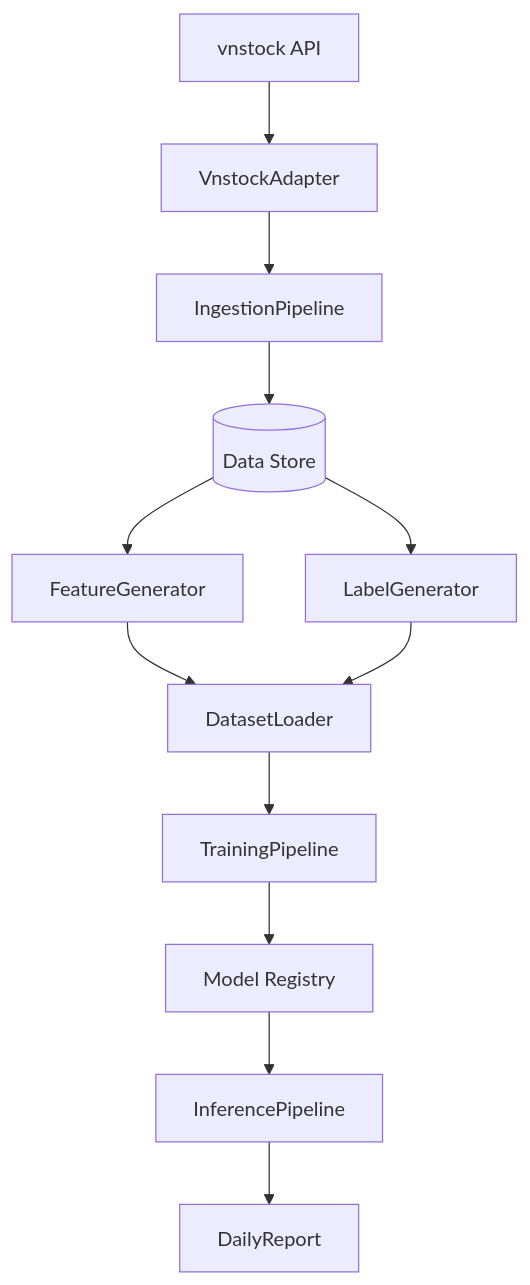
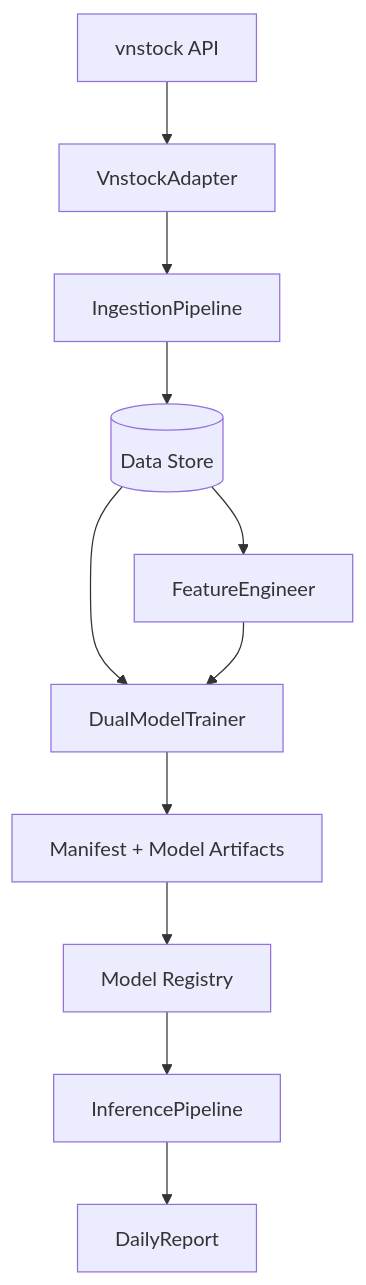
Before and after one commit to nicholas-atptit/VSEF-PTIT-NEU: the diagram in docs/architecture_map.md, drawn with Mermaid. The commit also changed other lines of this file and 3323 other files, not shown here.

````diff
--- a/docs/architecture_map.md
+++ b/docs/architecture_map.md
@@ -30,14 +30,13 @@
 ```mermaid
 graph TD
     A[vnstock API] --> B[VnstockAdapter]
     B --> C[IngestionPipeline]
     C --> D[(Data Store)]
-    D --> E[FeatureGenerator]
-    D --> F[LabelGenerator]
-    E --> G[DatasetLoader]
-    F --> G
-    G --> H[TrainingPipeline]
+    D --> E[FeatureEngineer]
+    D --> F[DualModelTrainer]
+    E --> F
+    F --> H[Manifest + Model Artifacts]
     H --> I[Model Registry]
     I --> J[InferencePipeline]
     J --> K[DailyReport]
 ```
````
